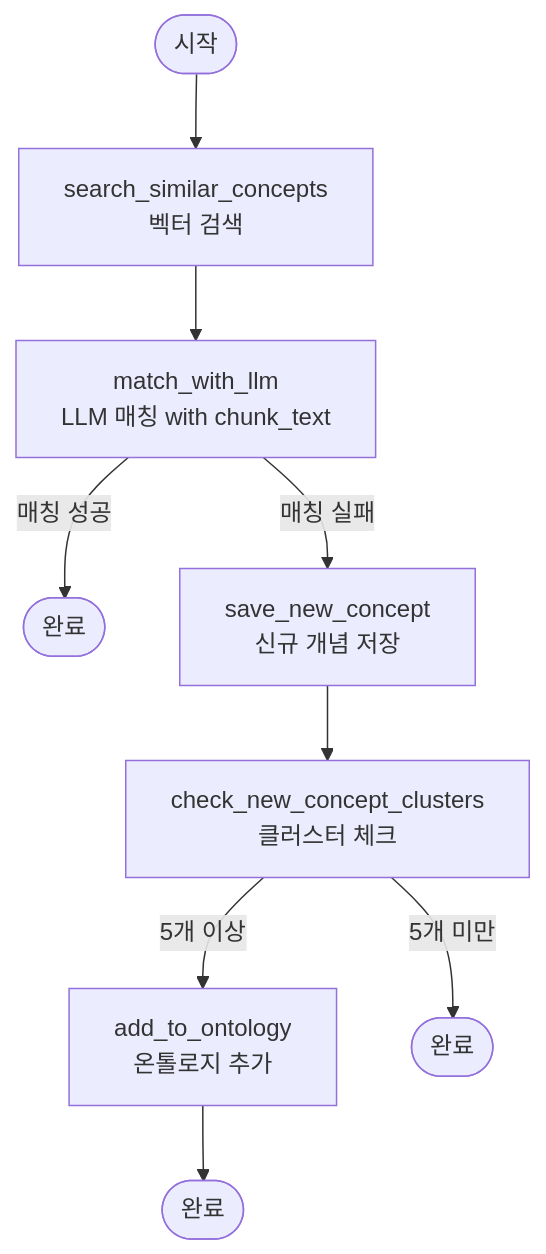
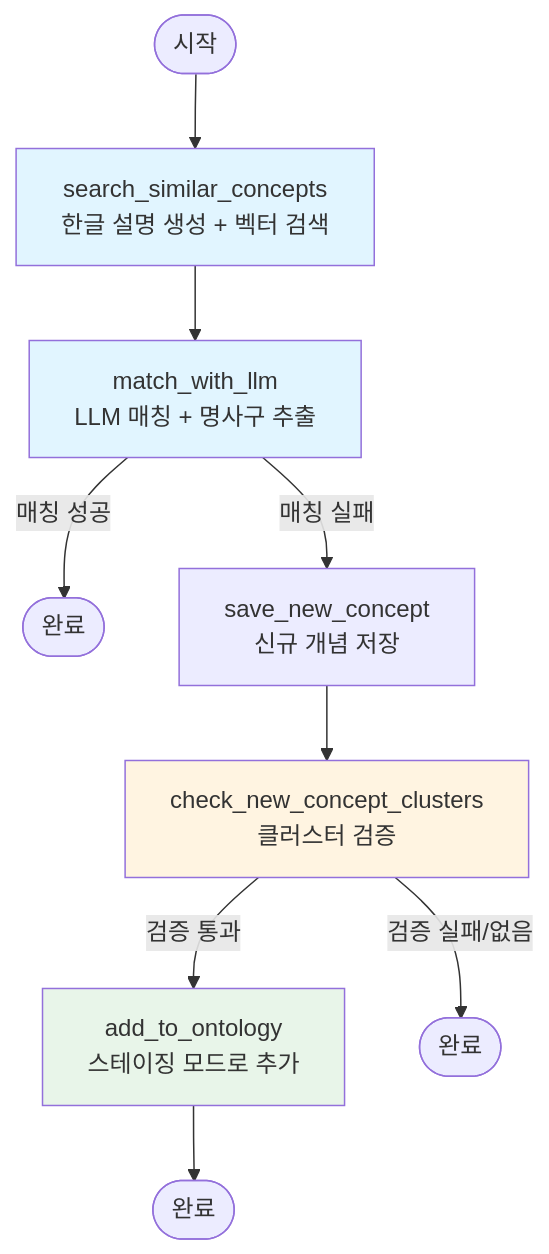
Before and after one commit to springCoolers/cherry-in-the-haystack: the diagram in dev/packages/ontology/README.md, drawn with Mermaid. The commit also changed other lines of this file and 11 other files, not shown here.

````diff
--- a/dev/packages/ontology/README.md
+++ b/dev/packages/ontology/README.md
@@ -256,11 +314,16 @@
 ```mermaid
 graph TD
-    Start([시작]) --> SearchSimilar[search_similar_concepts<br/>벡터 검색]
-    SearchSimilar --> MatchLLM[match_with_llm<br/>LLM 매칭 with chunk_text]
+    Start([시작]) --> SearchSimilar[search_similar_concepts<br/>한글 설명 생성 + 벡터 검색]
+    SearchSimilar --> MatchLLM[match_with_llm<br/>LLM 매칭 + 명사구 추출]
     MatchLLM -->|매칭 성공| End1([완료])
     MatchLLM -->|매칭 실패| SaveNew[save_new_concept<br/>신규 개념 저장]
-    SaveNew --> CheckCluster[check_new_concept_clusters<br/>클러스터 체크]
-    CheckCluster -->|5개 이상| AddOntology[add_to_ontology<br/>온톨로지 추가]
-    CheckCluster -->|5개 미만| End2([완료])
+    SaveNew --> CheckCluster[check_new_concept_clusters<br/>클러스터 검증]
+    CheckCluster -->|검증 통과| AddOntology[add_to_ontology<br/>스테이징 모드로 추가]
+    CheckCluster -->|검증 실패/없음| End2([완료])
     AddOntology --> End3([완료])
+    
+    style SearchSimilar fill:#e1f5ff
+    style MatchLLM fill:#e1f5ff
+    style CheckCluster fill:#fff4e1
+    style AddOntology fill:#e8f5e9
 ```
````
